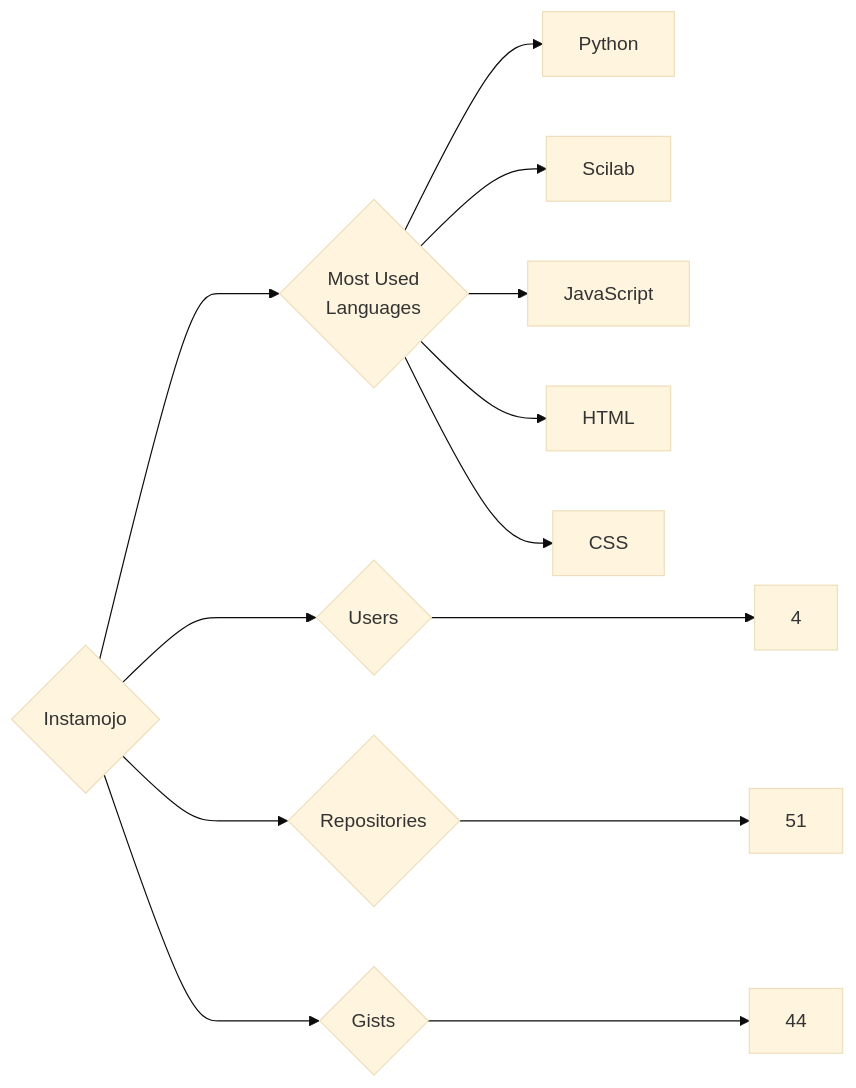
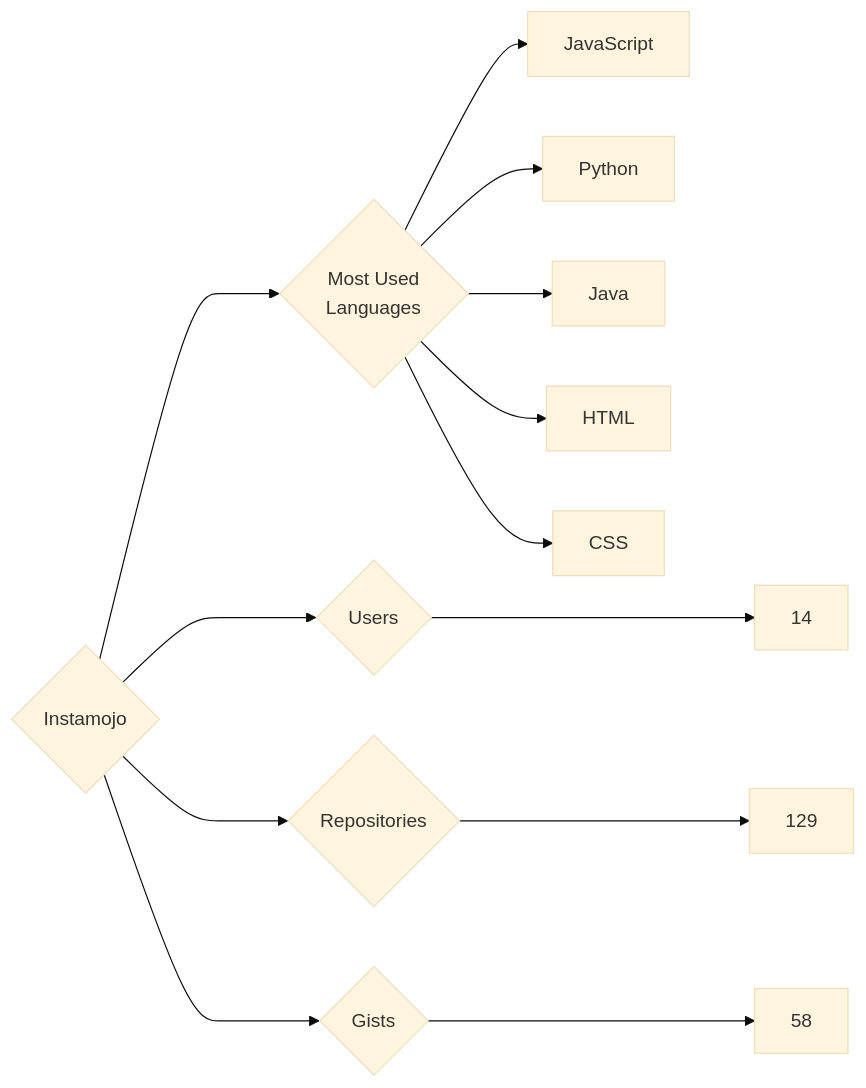
The diagram in targets/Instamojo/README.md (trickest/insiders), drawn with Mermaid (base theme) before and after one commit. The commit also changed 772 other files, not shown here.

````diff
--- a/targets/Instamojo/README.md
+++ b/targets/Instamojo/README.md
@@ -3,13 +3,13 @@
 ```mermaid
 graph LR
 COMPANY_NAME{Instamojo}
-COMPANY_NAME ---> U{Users} ---> UN[4]
-COMPANY_NAME ---> R{Repositories} ---> RN[51]
-COMPANY_NAME ---> G{Gists} ---> GN[44]
+COMPANY_NAME ---> U{Users} ---> UN[14]
+COMPANY_NAME ---> R{Repositories} ---> RN[129]
+COMPANY_NAME ---> G{Gists} ---> GN[58]
 COMPANY_NAME ---> ML{Most Used<br>Languages}
+ML --> JavaScript[JavaScript]
 ML --> Python[Python]
-ML --> Scilab[Scilab]
-ML --> JavaScript[JavaScript]
+ML --> Java[Java]
 ML --> HTML[HTML]
 ML --> CSS[CSS]
 ```
````
